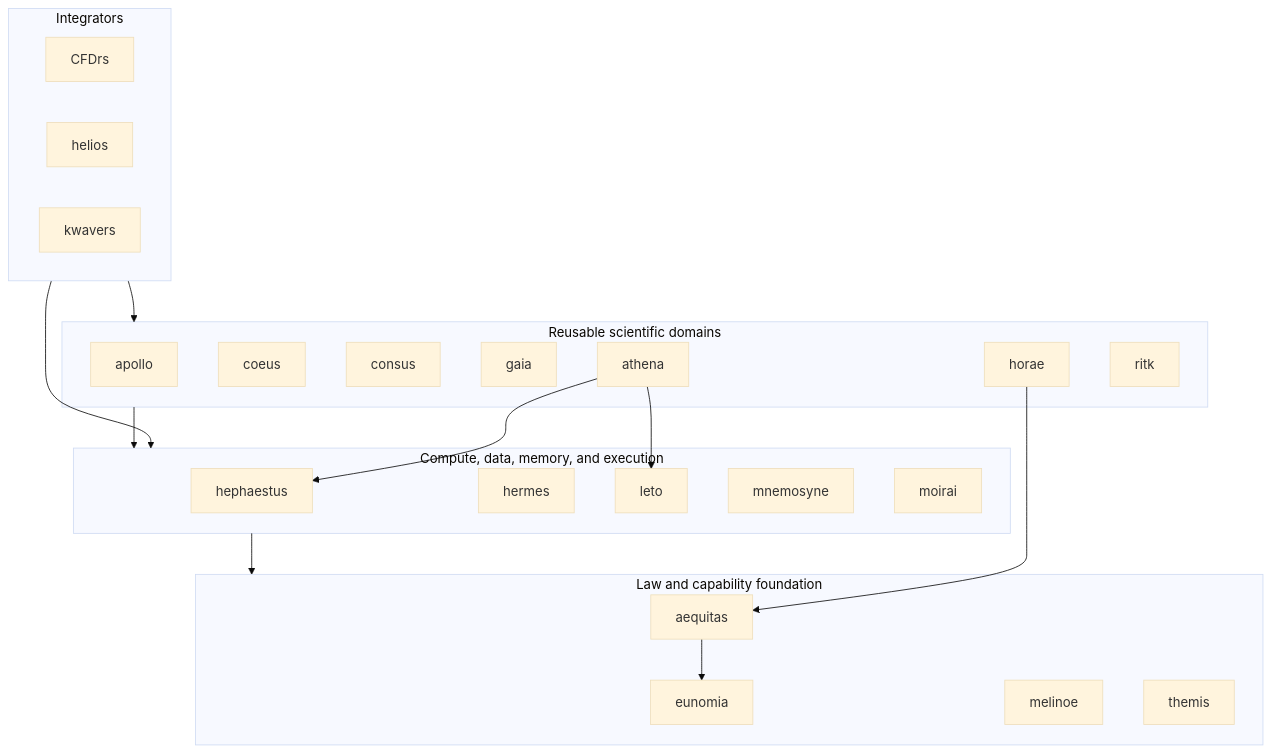
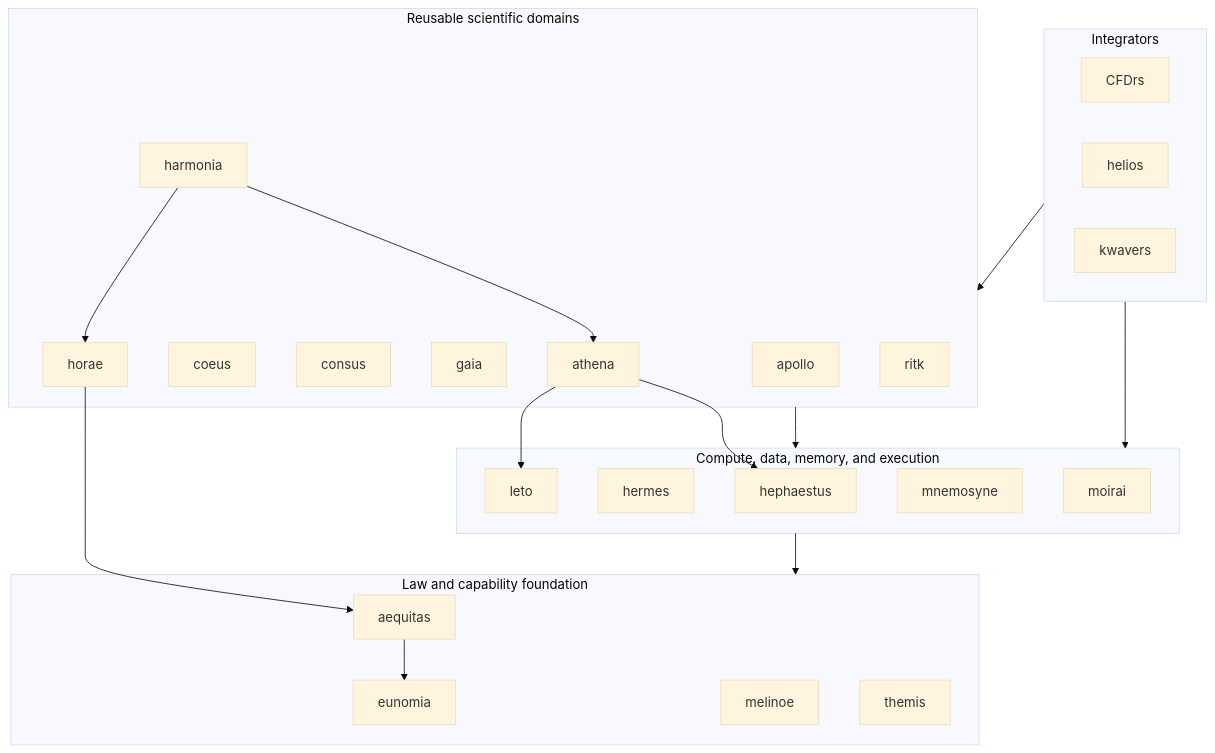
Before and after one commit to ryancinsight/atlas: the diagram in README.md, drawn with Mermaid (base theme). The commit also changed other lines of this file and 6 other files, not shown here.

````diff
--- a/README.md
+++ b/README.md
@@ -61,42 +67,45 @@
 ```mermaid
 flowchart TB
     subgraph Integrators
         CFDrs
         helios
         kwavers
     end
 
     subgraph Domains["Reusable scientific domains"]
         apollo
         coeus
         consus
         gaia
+        harmonia
         horae
         athena
         ritk
     end
 
     subgraph Compute["Compute, data, memory, and execution"]
         hephaestus
         hermes
         leto
         mnemosyne
         moirai
     end
 
     subgraph Foundation["Law and capability foundation"]
         aequitas
         eunomia
         melinoe
         themis
     end
 
     Integrators --> Domains
     Integrators --> Compute
     Domains --> Compute
     Compute --> Foundation
     aequitas --> eunomia
     horae --> aequitas
     athena --> leto
     athena --> hephaestus
+    harmonia --> horae
+    harmonia --> athena
 ```
````
